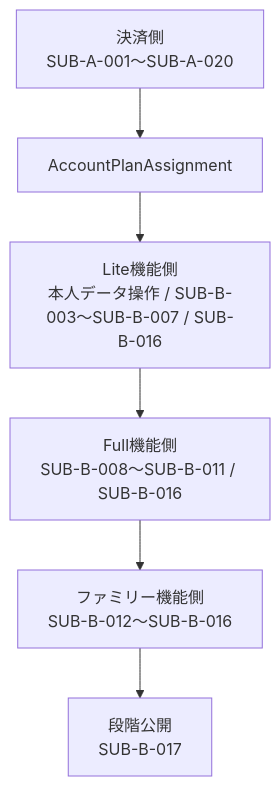
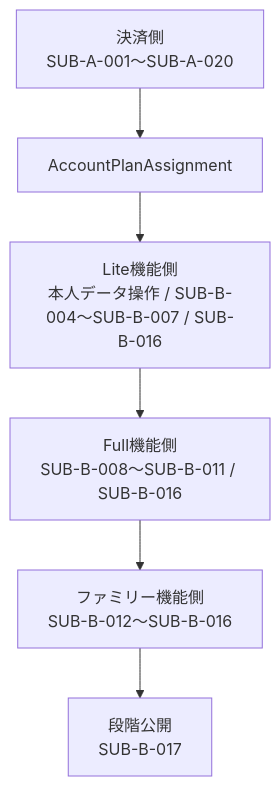
The third of 3 diagrams in docs/development/subscription-remaining-tasks.md (kkyosuke/me-builder), drawn with Mermaid before and after one commit. The commit also changed other lines of this file and 4 other files, not shown here.

````diff
--- a/docs/development/subscription-remaining-tasks.md
+++ b/docs/development/subscription-remaining-tasks.md
@@ -99,8 +99,8 @@
 ```mermaid
 flowchart TD
     A[決済側<br/>SUB-A-001〜SUB-A-020] --> I[AccountPlanAssignment]
-    I --> L[Lite機能側<br/>本人データ操作 / SUB-B-003〜SUB-B-007 / SUB-B-016]
+    I --> L[Lite機能側<br/>本人データ操作 / SUB-B-004〜SUB-B-007 / SUB-B-016]
     L --> U[Full機能側<br/>SUB-B-008〜SUB-B-011 / SUB-B-016]
     U --> F[ファミリー機能側<br/>SUB-B-012〜SUB-B-016]
     F --> R[段階公開<br/>SUB-B-017]
 ```
````
